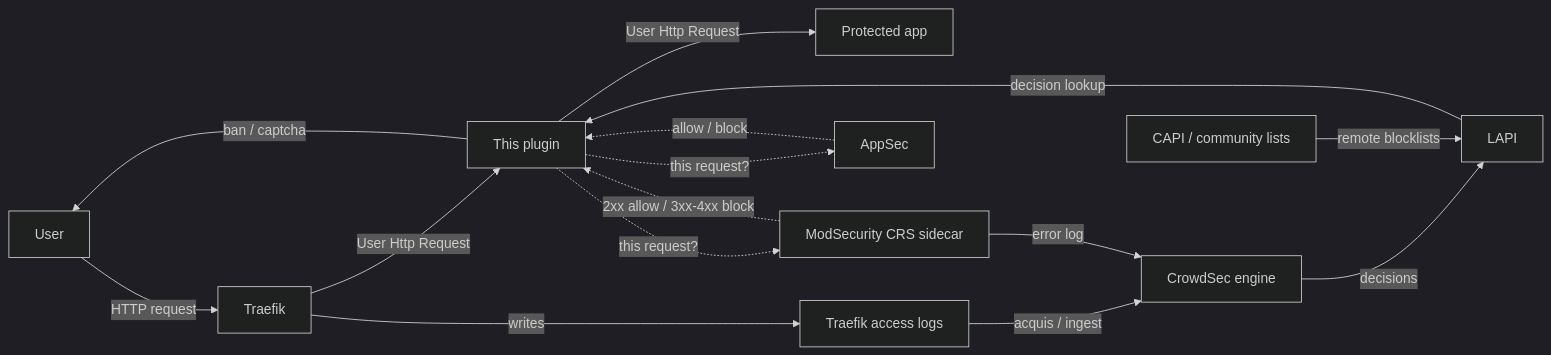
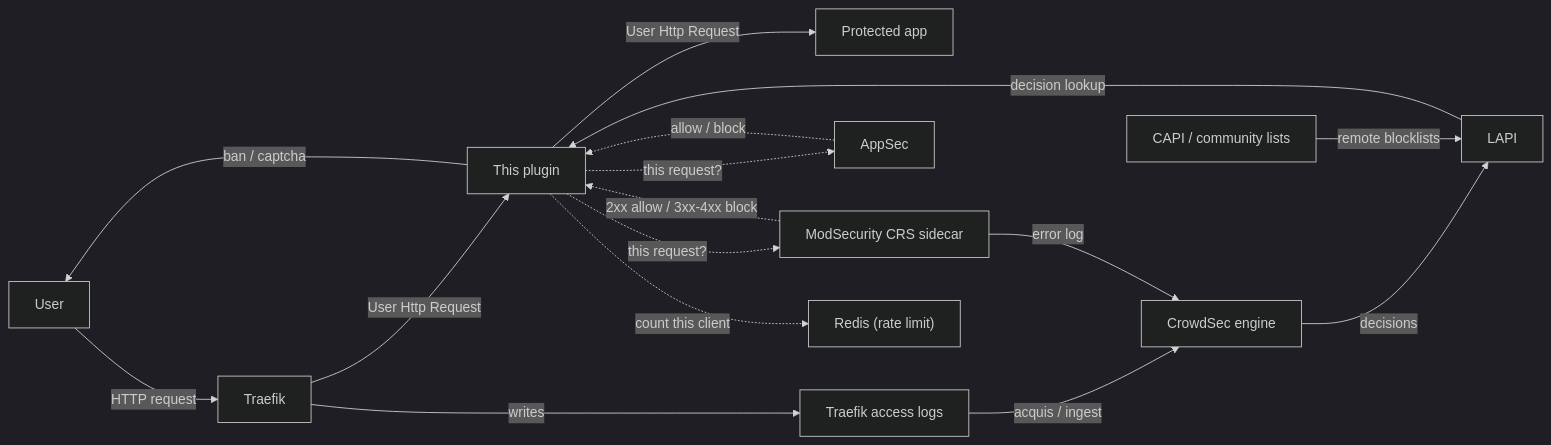
One commit to david-garcia-garcia/crowdsec-bouncer-traefik-plugin changed the first of 4 diagrams in README.md. Above: the diagram before and after it, drawn with Mermaid (dark theme). The commit also changed other lines of this file and 176 other files, not shown here.

````diff
--- a/README.md
+++ b/README.md
@@ -71,28 +72,30 @@
 ```mermaid
 flowchart LR
   User["User"]
   Traefik["Traefik"]
   Plugin["This plugin"]
   Origin["Protected app"]
   Logs["Traefik access logs"]
   Engine["CrowdSec engine"]
   LAPI["LAPI"]
   CAPI["CAPI / community lists"]
   AppSec["AppSec"]
   ModSec["ModSecurity CRS sidecar"]
+  Redis["Redis (rate limit)"]
 
   User -->|"HTTP request"| Traefik
   Traefik -->|"User Http Request"| Plugin
   Plugin -->|"User Http Request"| Origin
   Plugin -->|"ban / captcha"| User
   Traefik -->|"writes"| Logs
   Logs -->|"acquis / ingest"| Engine
   Engine -->|"decisions"| LAPI
   CAPI -->|"remote blocklists"| LAPI
   LAPI -->|"decision lookup"| Plugin
+  Plugin -.->|"count this client"| Redis
   Plugin -.->|"this request?"| AppSec
   AppSec -.->|"allow / block"| Plugin
   Plugin -.->|"this request?"| ModSec
   ModSec -.->|"2xx allow / 3xx-4xx block"| Plugin
   ModSec -->|"error log"| Engine
 ```
````
